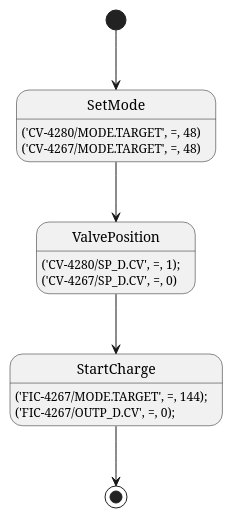
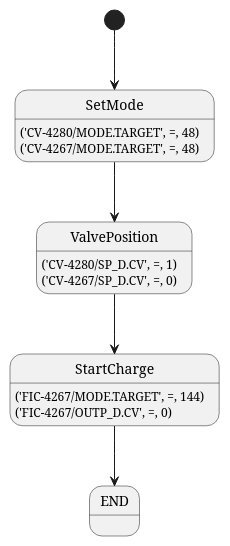
One commit to mekcrab/Solvay_test changed the diagram in specs/vpeng/Demo.puml. Above: the diagram before and after it, drawn with PlantUML. The commit also changed 3 other files, not shown here.

```diff
--- a/specs/vpeng/Demo.puml
+++ b/specs/vpeng/Demo.puml
@@ -2,19 +2,19 @@
 @startuml
 
 [*] --> SetMode
 SetMode: ('CV-4280/MODE.TARGET', =, 48)
 SetMode: ('CV-4267/MODE.TARGET', =, 48)
 
 SetMode --> ValvePosition
-ValvePosition: ('CV-4280/SP_D.CV', =, 1);
+ValvePosition: ('CV-4280/SP_D.CV', =, 1)
 ValvePosition: ('CV-4267/SP_D.CV', =, 0)
 
 ValvePosition --> StartCharge
-StartCharge: ('FIC-4267/MODE.TARGET', =, 144);
-StartCharge: ('FIC-4267/OUTP_D.CV', =, 0);
+StartCharge: ('FIC-4267/MODE.TARGET', =, 144)
+StartCharge: ('FIC-4267/OUTP_D.CV', =, 0)
 
 
-StartCharge --> [*]
+StartCharge --> END
 
 
 @enduml
```
